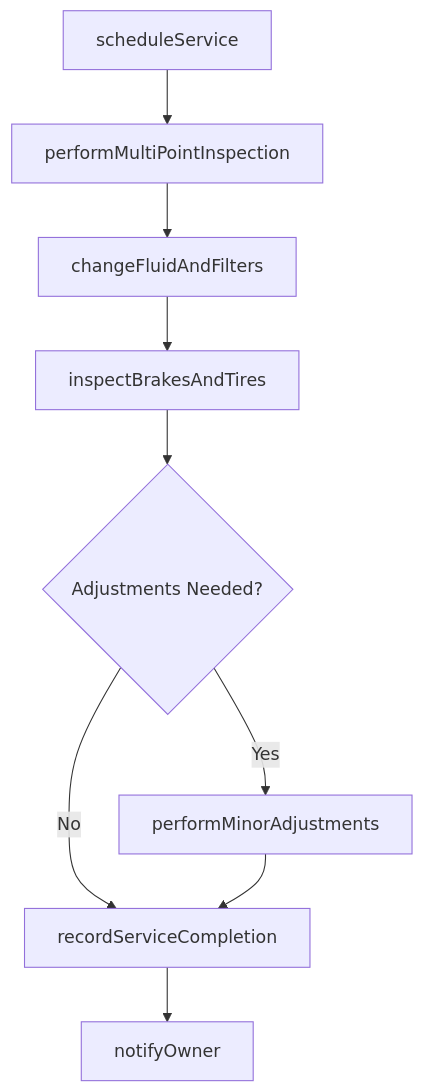
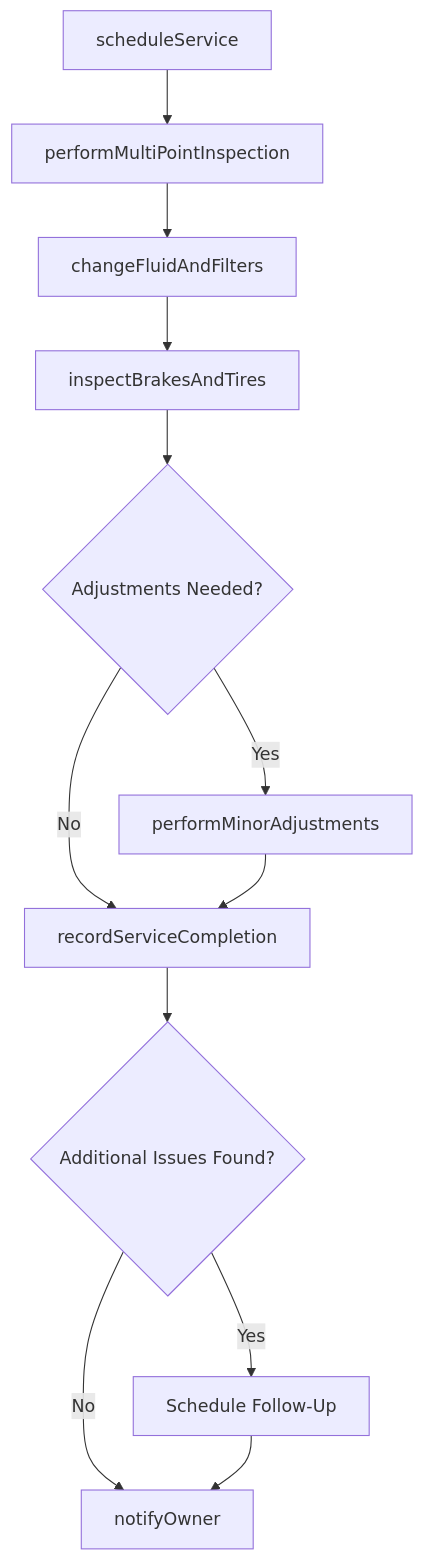
The third of 4 diagrams in RepairingAndMaintainingMechanicalEquipment/MaintainVehiclesInWorkingCondition/ServiceVehiclesMaintainFunctionality.mdx (dot-org-ai/tasks.org.ai), drawn with Mermaid before and after one commit. The commit also changed other lines of this file and 504 other files, not shown here.

First line of the commit message:
feat: Add ER diagrams, state diagrams, and workflow improvements to 96 DWA task files

````diff
--- a/RepairingAndMaintainingMechanicalEquipment/MaintainVehiclesInWorkingCondition/ServiceVehiclesMaintainFunctionality.mdx
+++ b/RepairingAndMaintainingMechanicalEquipment/MaintainVehiclesInWorkingCondition/ServiceVehiclesMaintainFunctionality.mdx
@@ -86,11 +117,14 @@
 ```mermaid
 graph TD
     A[scheduleService] --> B[performMultiPointInspection]
     B --> C[changeFluidAndFilters]
     C --> D[inspectBrakesAndTires]
     D --> E{Adjustments Needed?}
     E -->|Yes| F[performMinorAdjustments]
     E -->|No| G[recordServiceCompletion]
     F --> G
-    G --> H[notifyOwner]
+    G --> H{Additional Issues Found?}
+    H -->|Yes| I[Schedule Follow-Up]
+    H -->|No| J[notifyOwner]
+    I --> J
 ```
````
